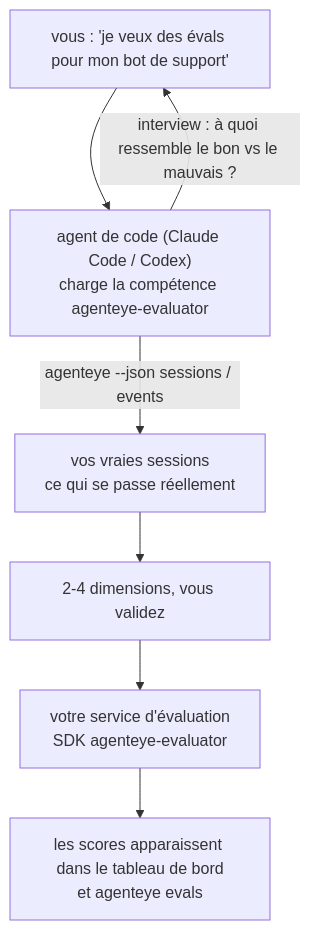
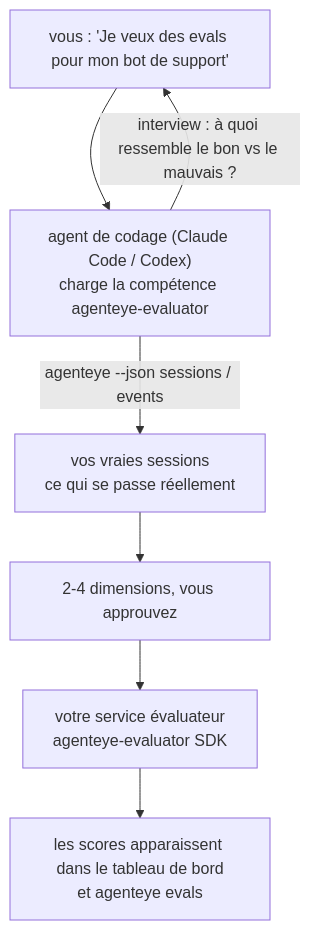
The diagram in docs/fr/agenteye/evaluator-skill.mdx (FailproofAI/failproofai), drawn with Mermaid before and after one commit. The commit also changed other lines of this file and 650 other files, not shown here.

````diff
--- a/docs/fr/agenteye/evaluator-skill.mdx
+++ b/docs/fr/agenteye/evaluator-skill.mdx
@@ -21,9 +21,9 @@
 ```mermaid
 flowchart TD
-    YOU["vous : 'je veux des évals pour mon bot de support'"] --> AGENT["agent de code (Claude Code / Codex)<br/>charge la compétence agenteye-evaluator"]
+    YOU["vous : 'Je veux des evals pour mon bot de support'"] --> AGENT["agent de codage (Claude Code / Codex)<br/>charge la compétence agenteye-evaluator"]
     AGENT -->|"interview : à quoi ressemble le bon vs le mauvais ?"| YOU
     AGENT -->|"agenteye --json sessions / events"| DATA["vos vraies sessions<br/>ce qui se passe réellement"]
-    DATA --> DIMS["2-4 dimensions, vous validez"]
-    DIMS --> SVC["votre service d'évaluation<br/>SDK agenteye-evaluator"]
+    DATA --> DIMS["2-4 dimensions, vous approuvez"]
+    DIMS --> SVC["votre service évaluateur<br/>agenteye-evaluator SDK"]
     SVC --> SCORES["les scores apparaissent dans le tableau de bord<br/>et agenteye evals"]
 ```
````
